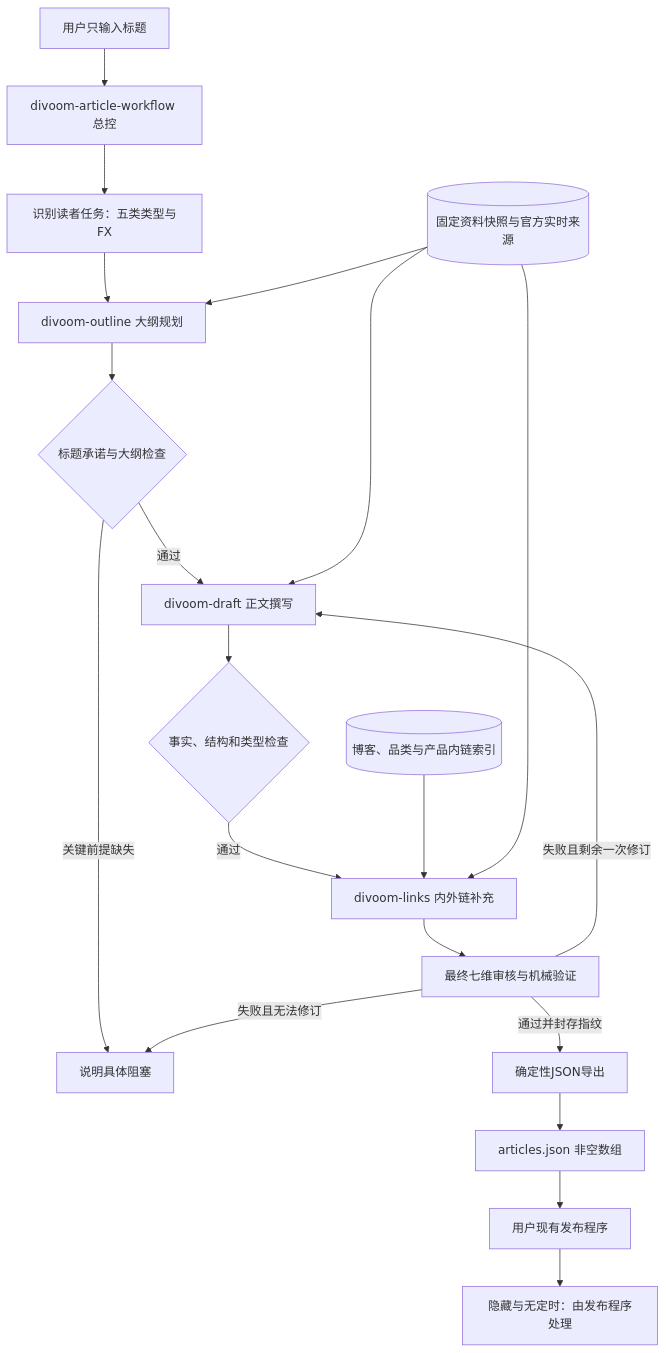
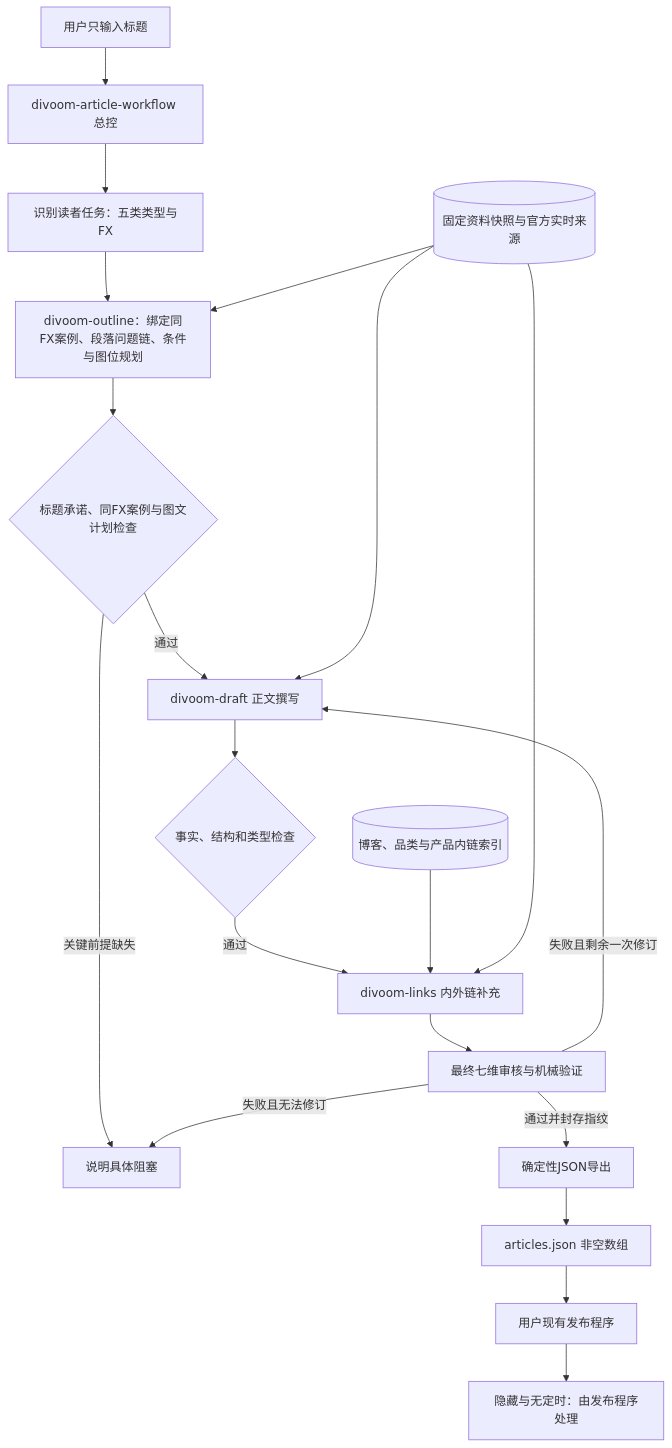
One commit to lllygkj33-creator/divoom-content-pipeline changed the first of 2 diagrams in skill-packages/divoom-writing-skills/README.md. Above: the diagram before and after it, drawn with Mermaid. The commit also changed other lines of this file and 17 other files, not shown here.

````diff
--- a/skill-packages/divoom-writing-skills/README.md
+++ b/skill-packages/divoom-writing-skills/README.md
@@ -7,22 +7,22 @@
 ```mermaid
 flowchart TD
     U[用户只输入标题] --> O[divoom-article-workflow 总控]
     O --> R[识别读者任务：五类类型与FX]
-    R --> A[divoom-outline 大纲规划]
+    R --> A[divoom-outline：绑定同FX案例、段落问题链、条件与图位规划]
     K[(固定资料快照与官方实时来源)] --> A
-    A --> G1{标题承诺与大纲检查}
+    A --> G1{标题承诺、同FX案例与图文计划检查}
     G1 -->|通过| B[divoom-draft 正文撰写]
     G1 -->|关键前提缺失| X[说明具体阻塞]
     K --> B
     B --> G2{事实、结构和类型检查}
     G2 -->|通过| C[divoom-links 内外链补充]
     I[(博客、品类与产品内链索引)] --> C
     K --> C
     C --> Q[最终七维审核与机械验证]
     Q -->|失败且剩余一次修订| B
     Q -->|失败且无法修订| X
     Q -->|通过并封存指纹| E[确定性JSON导出]
     E --> J[articles.json 非空数组]
     J --> P[用户现有发布程序]
     P --> H[隐藏与无定时：由发布程序处理]
 ```
````
